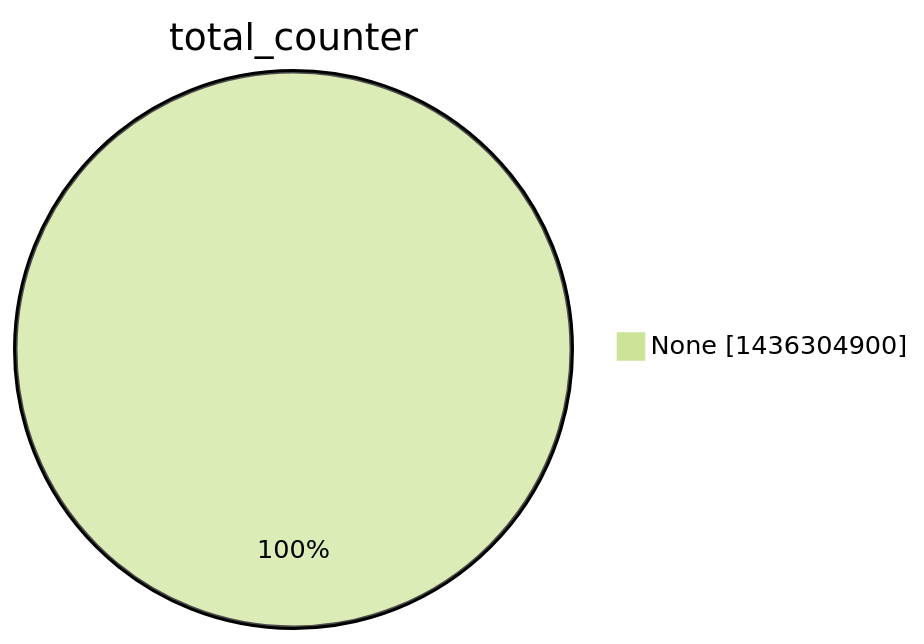
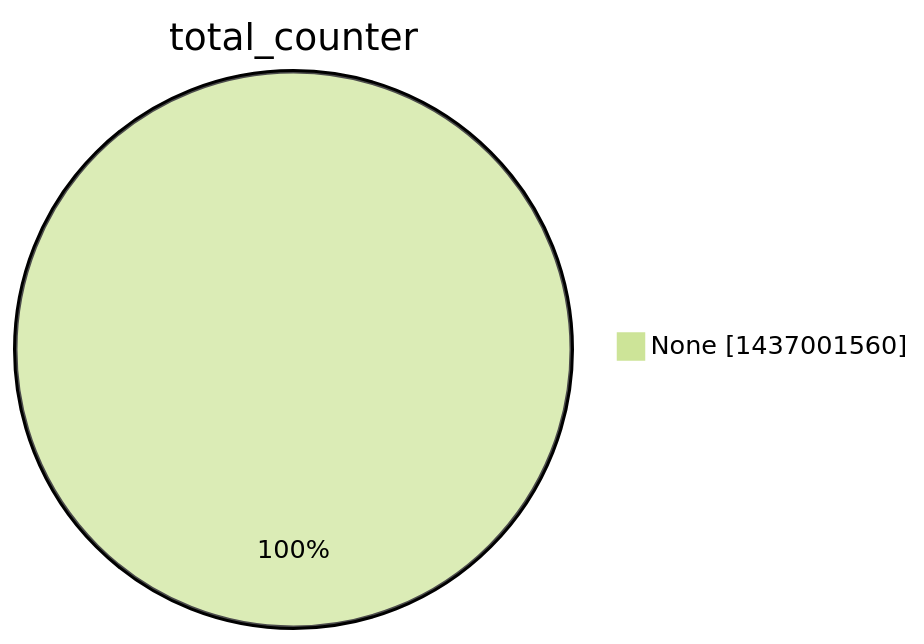
One commit to christiankrug/ctmonitor_visualization changed the second of 15 diagrams in argon2022/README.md. Above: the diagram before and after it, drawn with Mermaid (forest theme). The commit also changed other lines of this file, not shown here.

````diff
--- a/argon2022/README.md
+++ b/argon2022/README.md
@@ -9,5 +9,5 @@
 ```mermaid
 pie showData
 title total_counter
-"None" :1436304900
+"None" :1437001560
 ```
````
